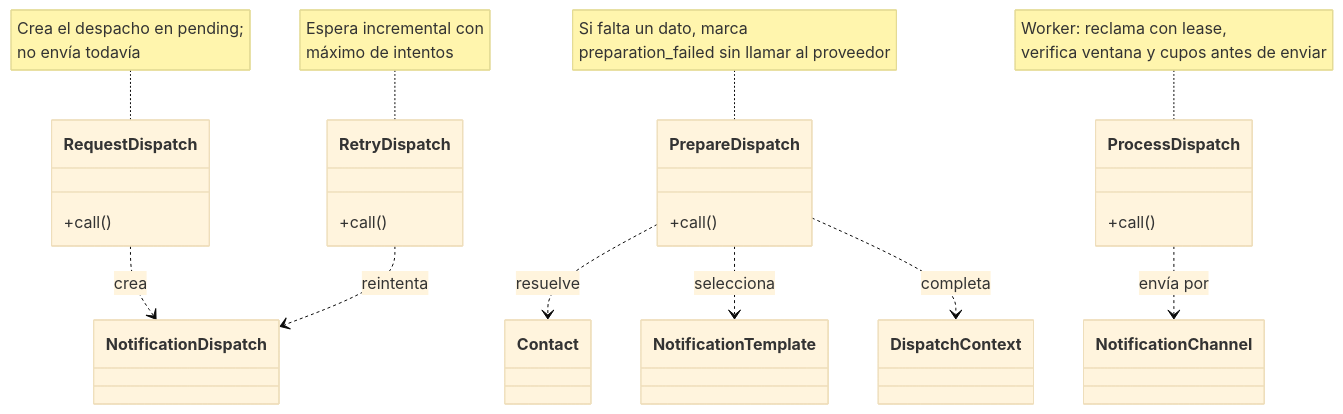
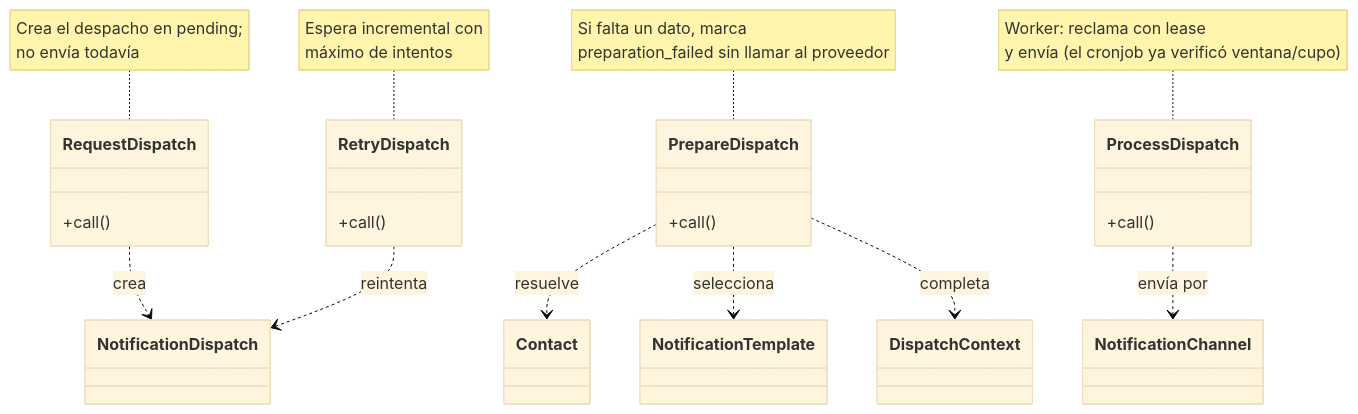
Before and after one commit to medinan/buk-challenge: the sixth of 13 diagrams in docs/DESIGN.md, drawn with Mermaid (base theme). The commit also changed other lines of this file, not shown here.

````diff
--- a/docs/DESIGN.md
+++ b/docs/DESIGN.md
@@ -640,33 +650,33 @@
 ```mermaid
 classDiagram
     class RequestDispatch {
         +call()
     }
     class PrepareDispatch {
         +call()
     }
     class ProcessDispatch {
         +call()
     }
     class RetryDispatch {
         +call()
     }
 
     class NotificationDispatch
     class Contact
     class NotificationTemplate
     class DispatchContext
     class NotificationChannel
 
     RequestDispatch ..> NotificationDispatch : crea
     PrepareDispatch ..> Contact : resuelve
     PrepareDispatch ..> NotificationTemplate : selecciona
     PrepareDispatch ..> DispatchContext : completa
     ProcessDispatch ..> NotificationChannel : envía por
     RetryDispatch ..> NotificationDispatch : reintenta
 
     note for RequestDispatch "Crea el despacho en pending;<br/>no envía todavía"
     note for PrepareDispatch "Si falta un dato, marca<br/>preparation_failed sin llamar al proveedor"
-    note for ProcessDispatch "Worker: reclama con lease,<br/>verifica ventana y cupos antes de enviar"
+    note for ProcessDispatch "Worker: reclama con lease<br/>y envía (el cronjob ya verificó ventana/cupo)"
     note for RetryDispatch "Espera incremental con<br/>máximo de intentos"
 ```
````
